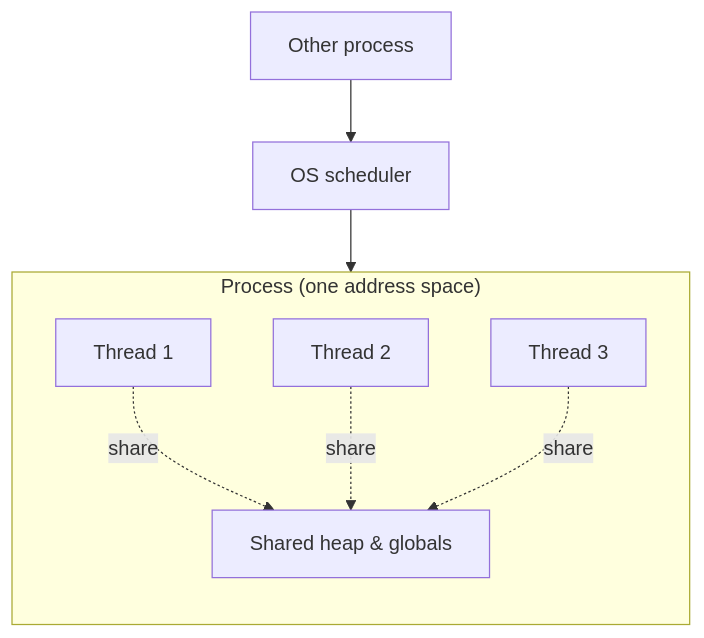
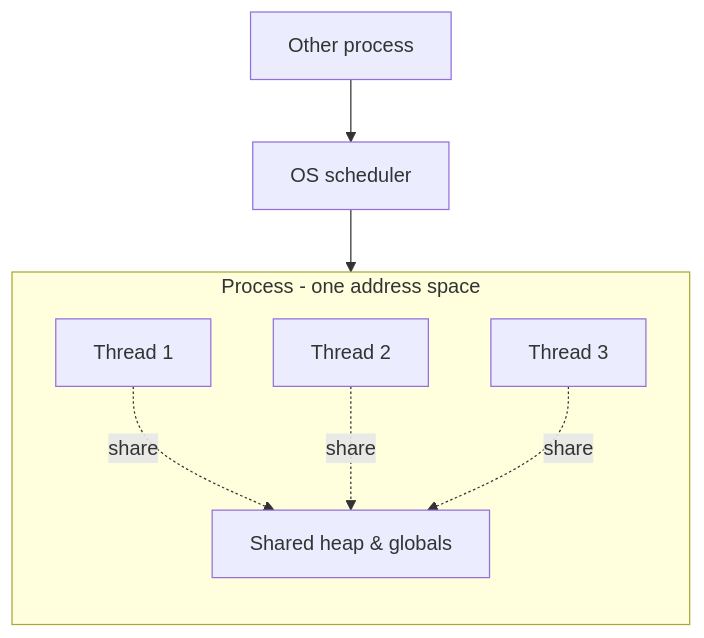
Before and after one commit to RIT-MESH/system-design-mastery: the second of 3 diagrams in docs/00-prerequisites/00-computing-fundamentals.md, drawn with Mermaid. The commit also changed other lines of this file and 139 other files, not shown here.

First line of the commit message:
Fix Mermaid parse errors: replace parentheses in node labels across 140 files

````diff
--- a/docs/00-prerequisites/00-computing-fundamentals.md
+++ b/docs/00-prerequisites/00-computing-fundamentals.md
@@ -51,13 +51,13 @@
 ```mermaid
 %% created-for: system-design-mastery
 flowchart TB
-  subgraph P["Process (one address space)"]
+  subgraph P["Process - one address space"]
     direction TB
     T1["Thread 1"]
     T2["Thread 2"]
     T3["Thread 3"]
     T1 & T2 & T3 -.share.-> M["Shared heap & globals"]
   end
   OS["OS scheduler"] --> P
   P2["Other process"] --> OS
 ```
````
